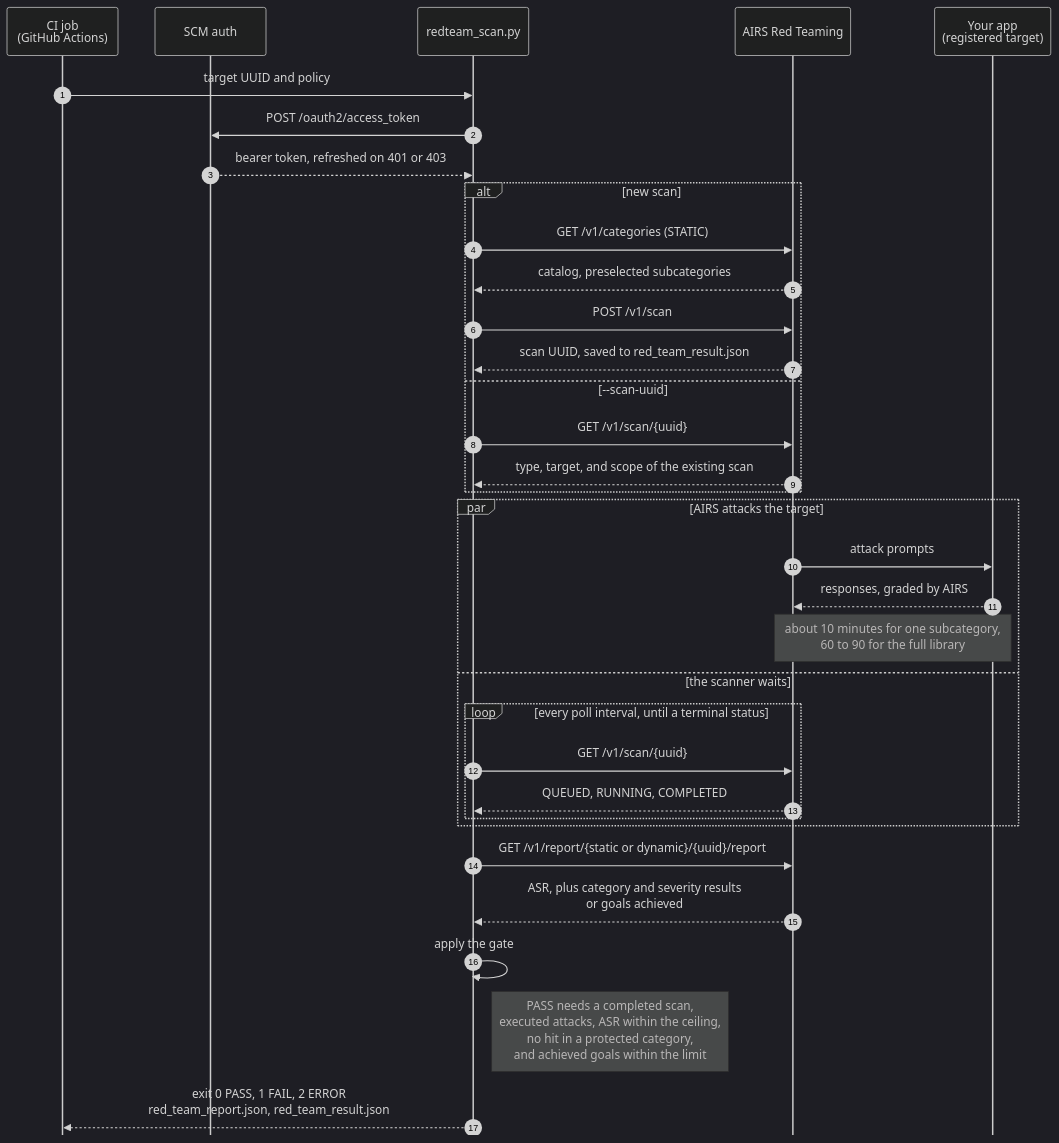
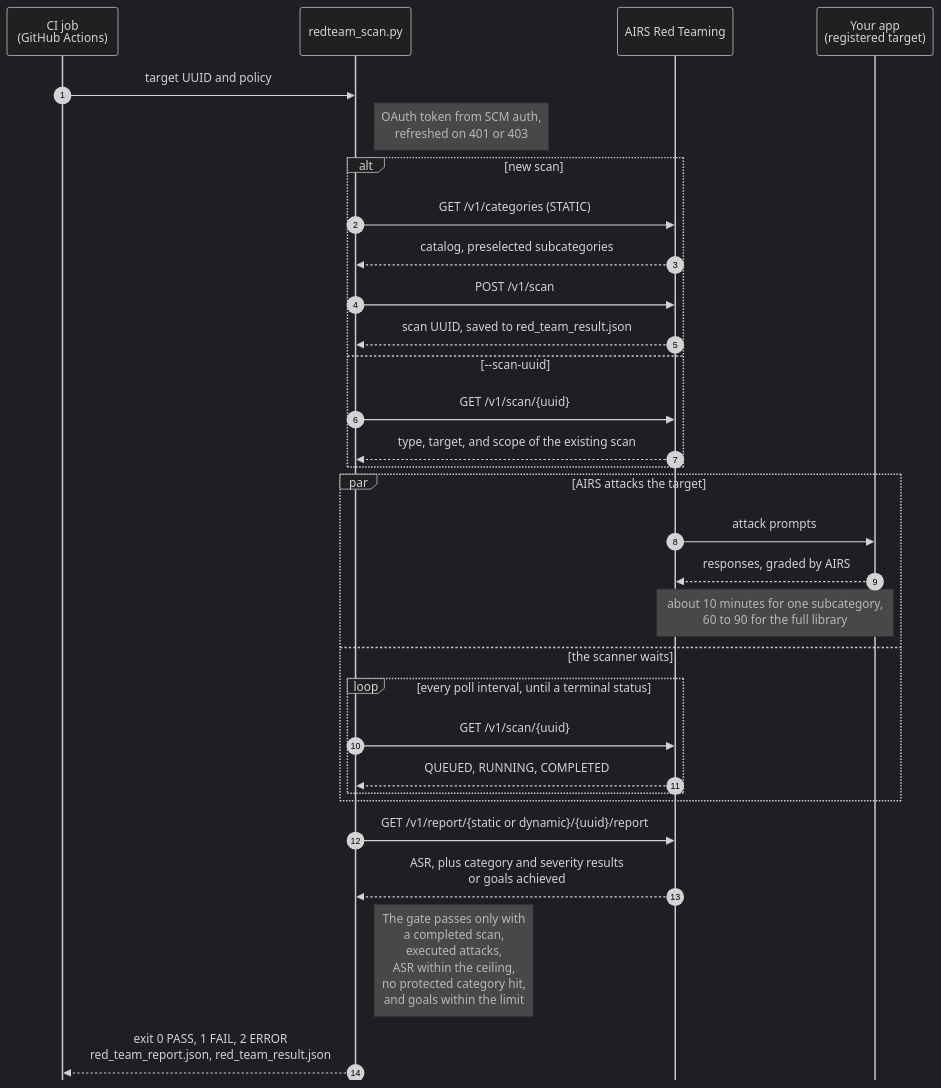
The diagram in README.md (scthornton/red-teaming-pipeline-integration), drawn with Mermaid (dark theme) before and after one commit.

Commit message:
Keep diagram labels off lifelines
Every message now runs between neighboring participants. The token
exchange and the gate rules are notes beside the scanner instead of a
separate auth column and a self-arrow.

````diff
--- a/README.md
+++ b/README.md
@@ -9,38 +9,35 @@
 ```mermaid
 %%{init: {"sequence": {"mirrorActors": false}}}%%
 sequenceDiagram
     autonumber
     participant CI as CI job<br/>(GitHub Actions)
-    participant A as SCM auth
     participant S as redteam_scan.py
     participant RT as AIRS Red Teaming
     participant T as Your app<br/>(registered target)
 
     CI->>S: target UUID and policy
-    S->>A: POST /oauth2/access_token
-    A-->>S: bearer token, refreshed on 401 or 403
+    Note right of S: OAuth token from SCM auth,<br/>refreshed on 401 or 403
     alt new scan
         S->>RT: GET /v1/categories (STATIC)
         RT-->>S: catalog, preselected subcategories
         S->>RT: POST /v1/scan
         RT-->>S: scan UUID, saved to red_team_result.json
     else --scan-uuid
         S->>RT: GET /v1/scan/{uuid}
         RT-->>S: type, target, and scope of the existing scan
     end
     par AIRS attacks the target
         RT->>T: attack prompts
         T-->>RT: responses, graded by AIRS
         Note over RT,T: about 10 minutes for one subcategory,<br/>60 to 90 for the full library
     and the scanner waits
         loop every poll interval, until a terminal status
             S->>RT: GET /v1/scan/{uuid}
             RT-->>S: QUEUED, RUNNING, COMPLETED
         end
     end
     S->>RT: GET /v1/report/{static or dynamic}/{uuid}/report
     RT-->>S: ASR, plus category and severity results<br/>or goals achieved
-    S->>S: apply the gate
-    Note right of S: PASS needs a completed scan,<br/>executed attacks, ASR within the ceiling,<br/>no hit in a protected category,<br/>and achieved goals within the limit
+    Note right of S: The gate passes only with<br/>a completed scan,<br/>executed attacks,<br/>ASR within the ceiling,<br/>no protected category hit,<br/>and goals within the limit
     S-->>CI: exit 0 PASS, 1 FAIL, 2 ERROR<br/>red_team_report.json, red_team_result.json
 ```
````
